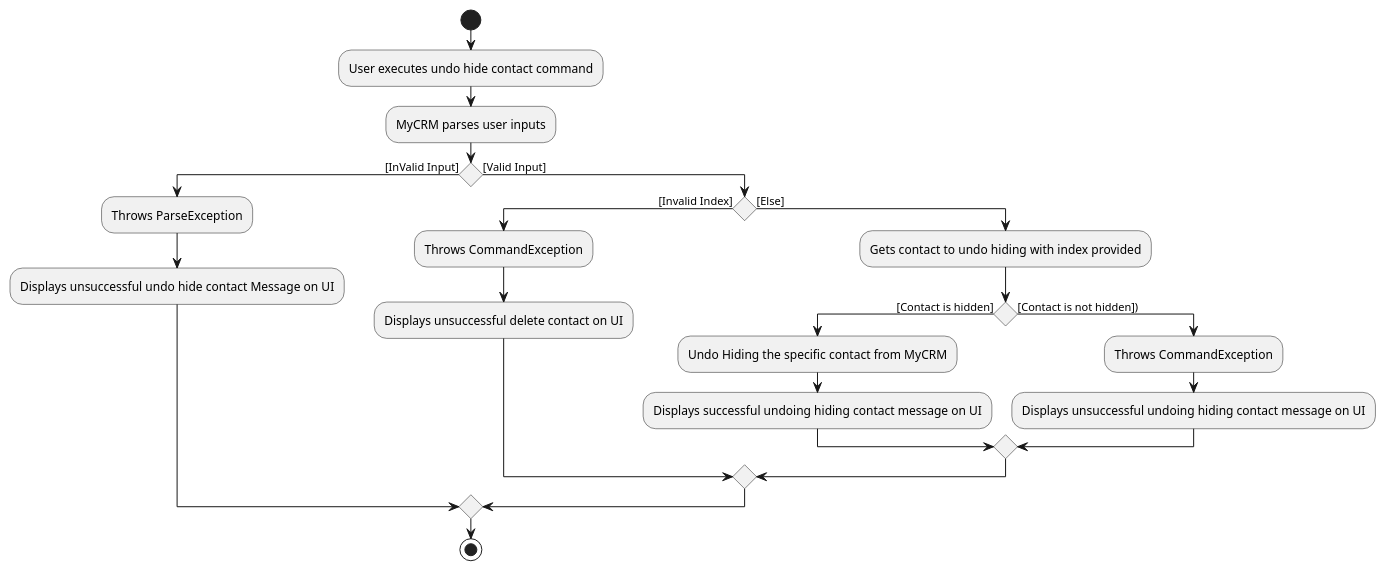
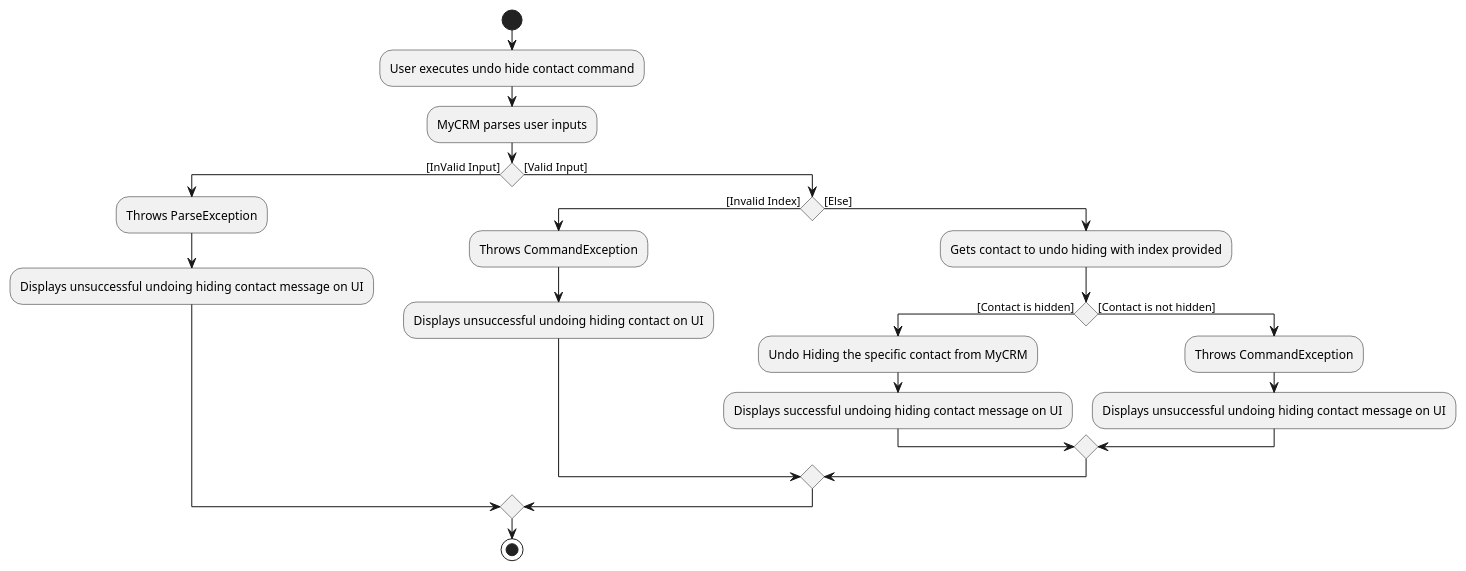
One commit to ooawagaeri/tp changed the diagram in docs/diagrams/contact/UndoHideContactActivityDiagram.puml. Above: the diagram before and after it, drawn with PlantUML. The commit also changed 16 other files, not shown here.

Commit message:
Update format of diagrams and ppp

```diff
--- a/docs/diagrams/contact/UndoHideContactActivityDiagram.puml
+++ b/docs/diagrams/contact/UndoHideContactActivityDiagram.puml
@@ -1,24 +1,24 @@
 @startuml
 start
 :User executes undo hide contact command;
 :MyCRM parses user inputs;
 if () then ([InValid Input])
     :Throws ParseException;
-    :Displays unsuccessful undo hide contact Message on UI;
+    :Displays unsuccessful undoing hiding contact message on UI;
 else ([Valid Input])
 if () then ([Invalid Index])
     :Throws CommandException;
-    :Displays unsuccessful delete contact on UI;
+    :Displays unsuccessful undoing hiding contact on UI;
 else ([Else])
 :Gets contact to undo hiding with index provided;
 if () then ([Contact is hidden])
 :Undo Hiding the specific contact from MyCRM;
 :Displays successful undoing hiding contact message on UI;
-else ([Contact is not hidden]))
+else ([Contact is not hidden])
 :Throws CommandException;
 :Displays unsuccessful undoing hiding contact message on UI;
 endif
 endif
 endif
 stop
 @enduml
```
